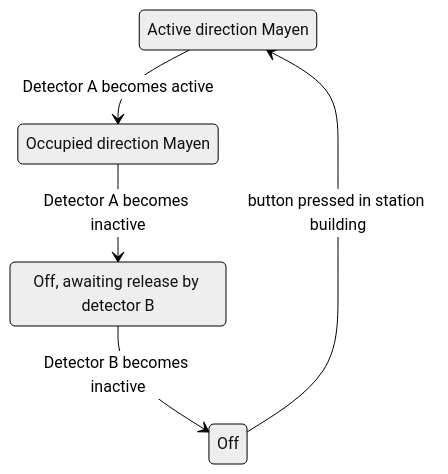
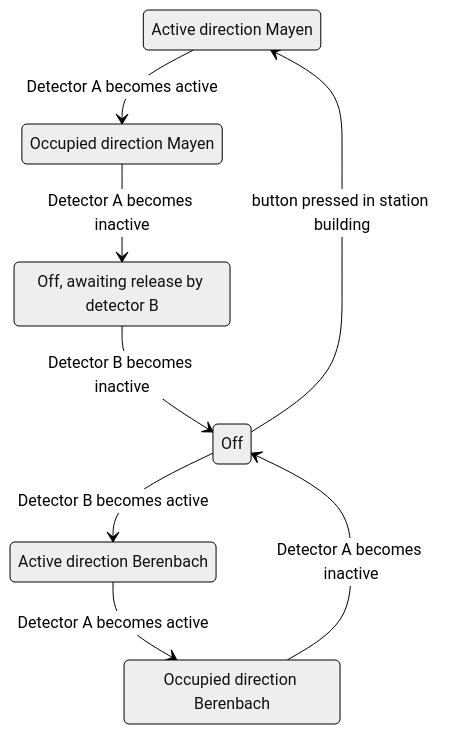
One commit to reinout/reinout-arduino changed the diagram in levelcrossings/berenbach/states.md. Above: the diagram before and after it, drawn with Mermaid (neutral theme).

Commit message:
Complete state diagram

````diff
--- a/levelcrossings/berenbach/states.md
+++ b/levelcrossings/berenbach/states.md
@@ -7,11 +7,16 @@
 ```mermaid
 stateDiagram-v2
     m1: Active direction Mayen
     m2: Occupied direction Mayen
 	m3: Off, awaiting release by detector B
+    b1: Active direction Berenbach
+    b2: Occupied direction Berenbach
     Off --> m1: button pressed in station building
     m1 --> m2: Detector A becomes active
 	m2 --> m3: Detector A becomes inactive
 	m3 --> Off: Detector B becomes inactive
+	Off --> b1: Detector B becomes active
+	b1 --> b2: Detector A becomes active
+	b2 --> Off: Detector A becomes inactive
 
 ```
````
